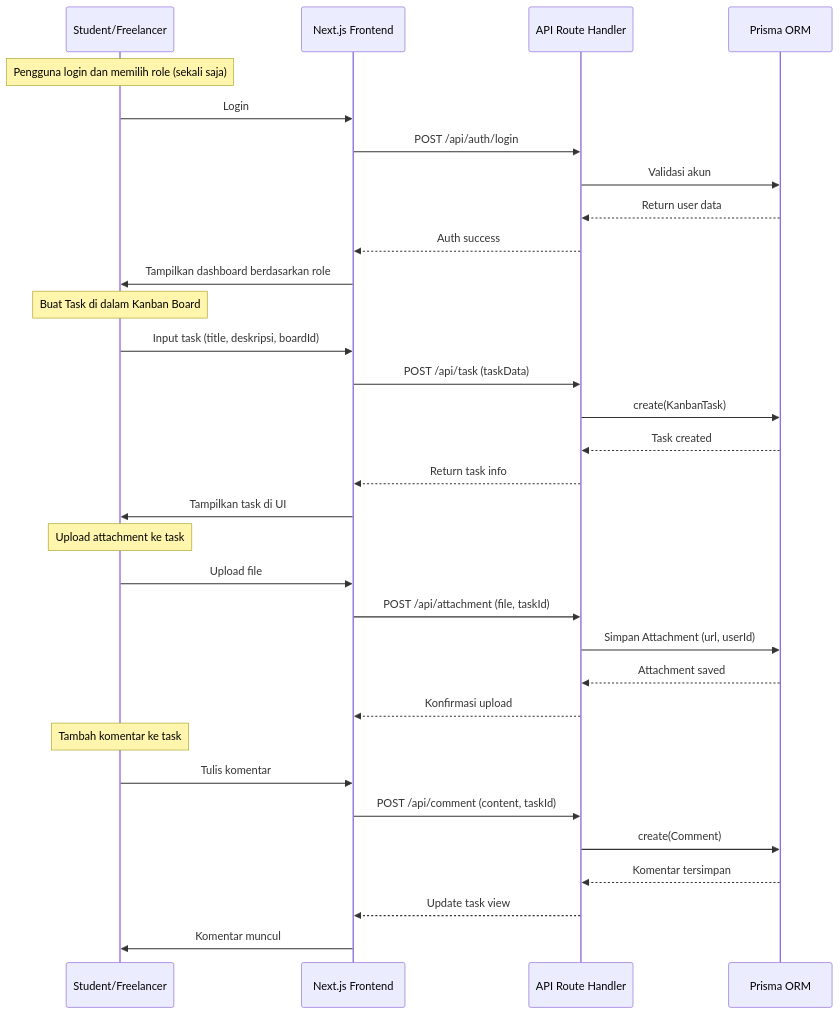
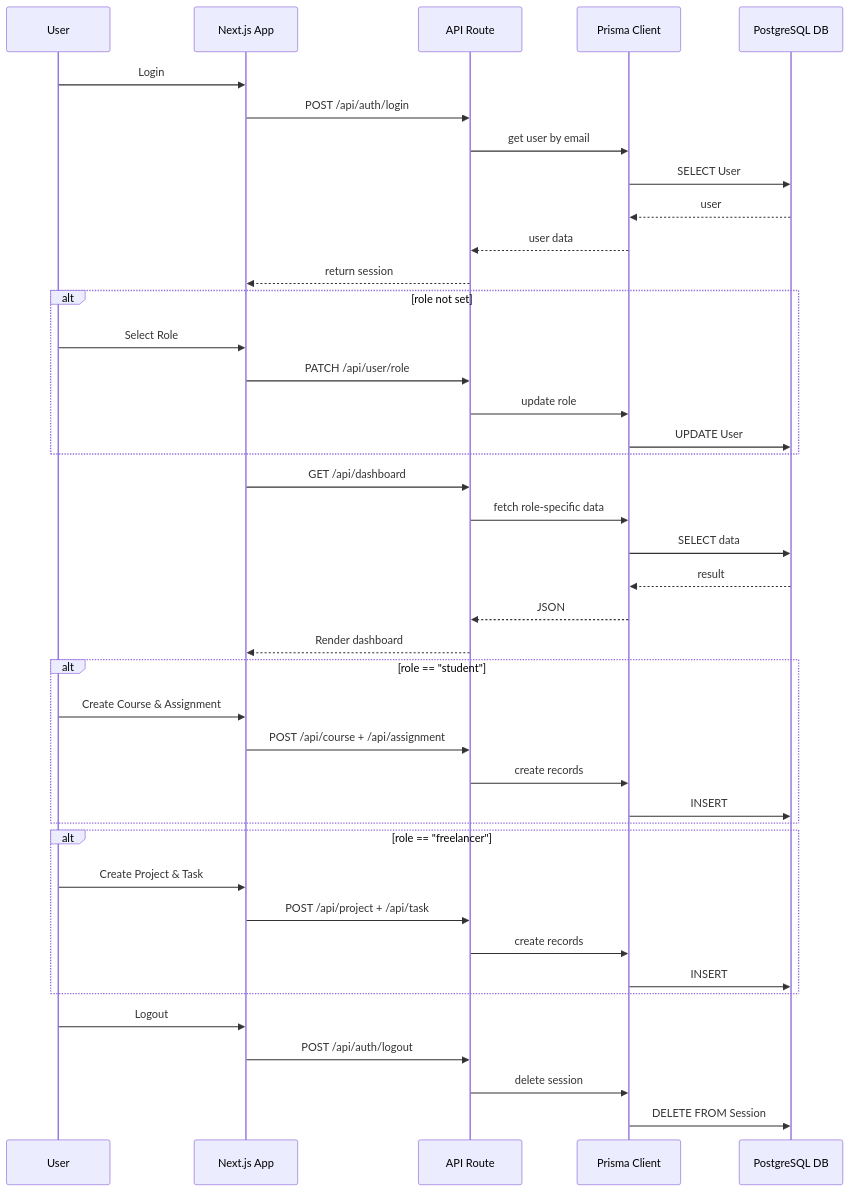
The diagram in sequence-diagram.md (aarlazuardi/fix-sisfor-desain-sistem), drawn with Mermaid before and after one commit.

Commit message:
update state and sequence

````diff
--- a/sequence-diagram.md
+++ b/sequence-diagram.md
@@ -3,43 +3,48 @@
 ```mermaid
 ---
 config:
   look: classic
   theme: default
 ---
 sequenceDiagram
-    participant User as Student/Freelancer
-    participant UI as Next.js Frontend
-    participant API as API Route Handler
-    participant DB as Prisma ORM
-
-    Note over User: Pengguna login dan memilih role (sekali saja)
-    User->>UI: Login
-    UI->>API: POST /api/auth/login
-    API->>DB: Validasi akun
-    DB-->>API: Return user data
-    API-->>UI: Auth success
-    UI->>User: Tampilkan dashboard berdasarkan role
-
-    Note over User: Buat Task di dalam Kanban Board
-    User->>UI: Input task (title, deskripsi, boardId)
-    UI->>API: POST /api/task (taskData)
-    API->>DB: create(KanbanTask)
-    DB-->>API: Task created
-    API-->>UI: Return task info
-    UI->>User: Tampilkan task di UI
-
-    Note over User: Upload attachment ke task
-    User->>UI: Upload file
-    UI->>API: POST /api/attachment (file, taskId)
-    API->>DB: Simpan Attachment (url, userId)
-    DB-->>API: Attachment saved
-    API-->>UI: Konfirmasi upload
-
-    Note over User: Tambah komentar ke task
-    User->>UI: Tulis komentar
-    UI->>API: POST /api/comment (content, taskId)
-    API->>DB: create(Comment)
-    DB-->>API: Komentar tersimpan
-    API-->>UI: Update task view
-    UI->>User: Komentar muncul
+  participant User
+  participant Next.js App
+  participant API Route
+  participant Prisma Client
+  participant PostgreSQL DB
+  User->>Next.js App: Login
+  Next.js App->>API Route: POST /api/auth/login
+  API Route->>Prisma Client: get user by email
+  Prisma Client->>PostgreSQL DB: SELECT User
+  PostgreSQL DB-->>Prisma Client: user
+  Prisma Client-->>API Route: user data
+  API Route-->>Next.js App: return session
+  alt role not set
+    User->>Next.js App: Select Role
+    Next.js App->>API Route: PATCH /api/user/role
+    API Route->>Prisma Client: update role
+    Prisma Client->>PostgreSQL DB: UPDATE User
+  end
+  Next.js App->>API Route: GET /api/dashboard
+  API Route->>Prisma Client: fetch role-specific data
+  Prisma Client->>PostgreSQL DB: SELECT data
+  PostgreSQL DB-->>Prisma Client: result
+  Prisma Client-->>API Route: JSON
+  API Route-->>Next.js App: Render dashboard
+  alt role == "student"
+    User->>Next.js App: Create Course & Assignment
+    Next.js App->>API Route: POST /api/course + /api/assignment
+    API Route->>Prisma Client: create records
+    Prisma Client->>PostgreSQL DB: INSERT
+  end
+  alt role == "freelancer"
+    User->>Next.js App: Create Project & Task
+    Next.js App->>API Route: POST /api/project + /api/task
+    API Route->>Prisma Client: create records
+    Prisma Client->>PostgreSQL DB: INSERT
+  end
+  User->>Next.js App: Logout
+  Next.js App->>API Route: POST /api/auth/logout
+  API Route->>Prisma Client: delete session
+  Prisma Client->>PostgreSQL DB: DELETE FROM Session
 ```
````
